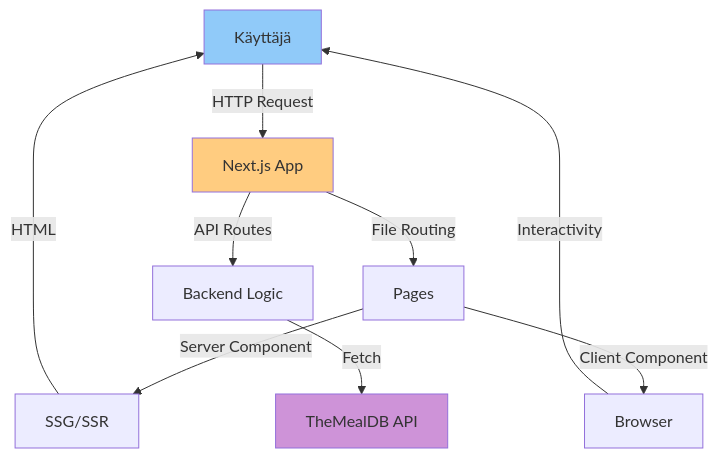
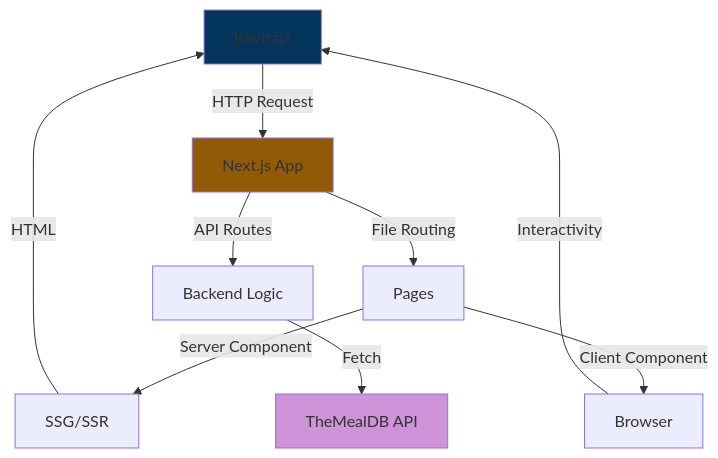
Before and after one commit to MusaMamas/recipe-analyzer: the first of 2 diagrams in README.md, drawn with Mermaid.

Commit message:
mermarid color fix 2

````diff
--- a/README.md
+++ b/README.md
@@ -378,15 +378,15 @@
 ```mermaid
 graph TB
     A[Käyttäjä] -->|HTTP Request| B[Next.js App]
     B -->|File Routing| C[Pages]
     B -->|API Routes| D[Backend Logic]
     C -->|Server Component| E[SSG/SSR]
     C -->|Client Component| F[Browser]
     D -->|Fetch| G[TheMealDB API]
     E -->|HTML| A
     F -->|Interactivity| A
     
-    style A fill:#90caf9
-    style B fill:#ffcc80
+    style A fill:#03345c
+    style B fill:#915a09
     style G fill:#ce93d8
 ```
````
